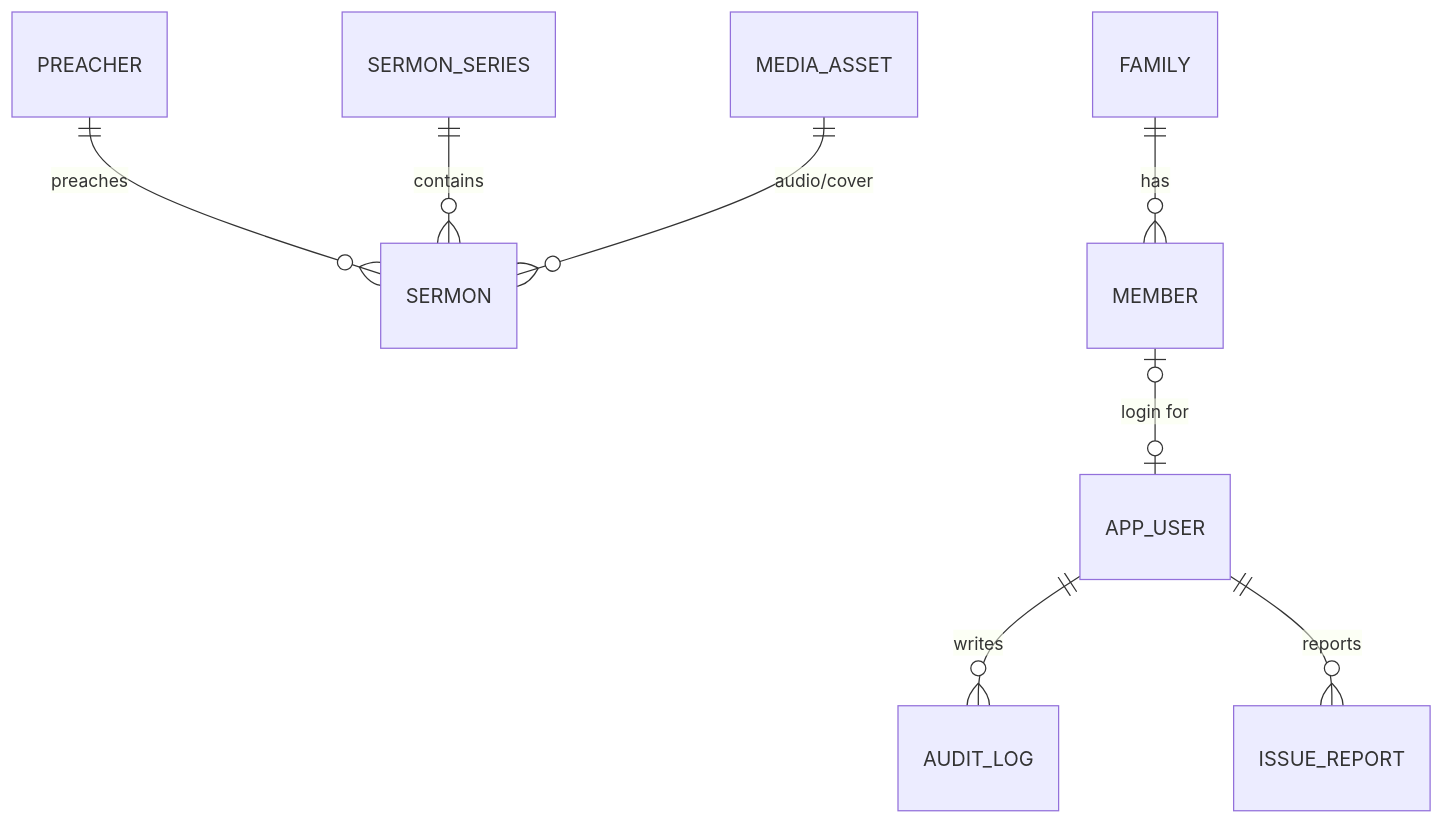
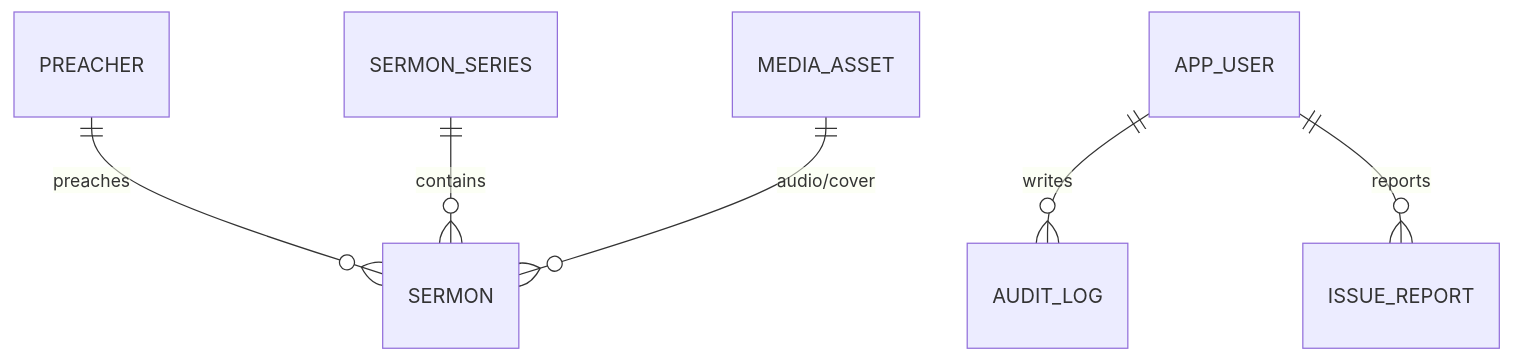
One commit to Malcom-Yingwani/Forge-Admin changed the diagram in docs/wiki/Domain-Model.md. Above: the diagram before and after it, drawn with Mermaid. The commit also changed other lines of this file and 13 other files, not shown here.

````diff
--- a/docs/wiki/Domain-Model.md
+++ b/docs/wiki/Domain-Model.md
@@ -5,10 +5,8 @@
 ```mermaid
 erDiagram
   PREACHER ||--o{ SERMON : preaches
   SERMON_SERIES ||--o{ SERMON : contains
   MEDIA_ASSET ||--o{ SERMON : "audio/cover"
-  FAMILY ||--o{ MEMBER : has
-  MEMBER |o--o| APP_USER : "login for"
   APP_USER ||--o{ AUDIT_LOG : writes
   APP_USER ||--o{ ISSUE_REPORT : reports
 ```
````
